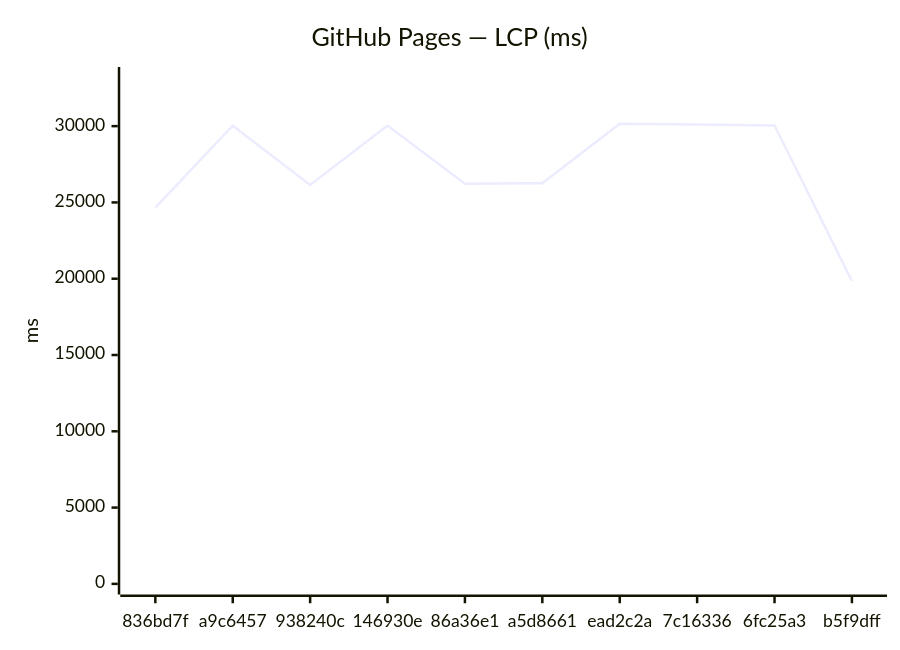
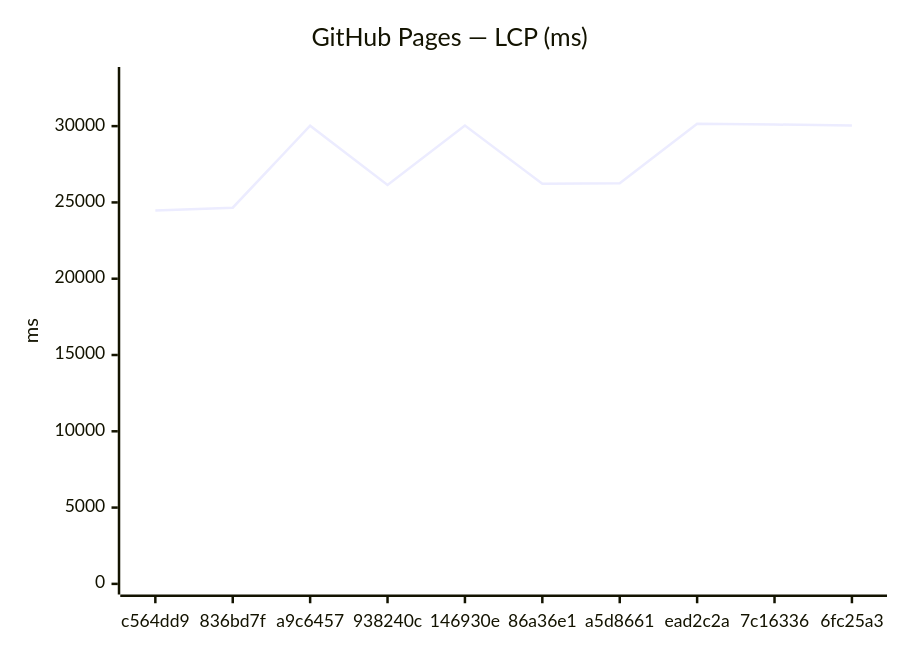
The third of 12 diagrams in benchmarks/compare.md (Metaheurist/Rianell), drawn with Mermaid before and after one commit. The commit also changed other lines of this file and 8 other files, not shown here.

````diff
--- a/benchmarks/compare.md
+++ b/benchmarks/compare.md
@@ -54,7 +54,7 @@
 ```mermaid
 xychart-beta
     title "GitHub Pages — LCP (ms)"
-    x-axis ["836bd7f", "a9c6457", "938240c", "146930e", "86a36e1", "a5d8661", "ead2c2a", "7c16336", "6fc25a3", "b5f9dff"]
+    x-axis ["c564dd9", "836bd7f", "a9c6457", "938240c", "146930e", "86a36e1", "a5d8661", "ead2c2a", "7c16336", "6fc25a3"]
     y-axis "ms" 0 --> 33179
-    line [24652, 30029, 26143, 30039, 26222, 26258, 30162, 30106, 30044, 19849]
+    line [24475, 24652, 30029, 26143, 30039, 26222, 26258, 30162, 30106, 30044]
 ```
````
